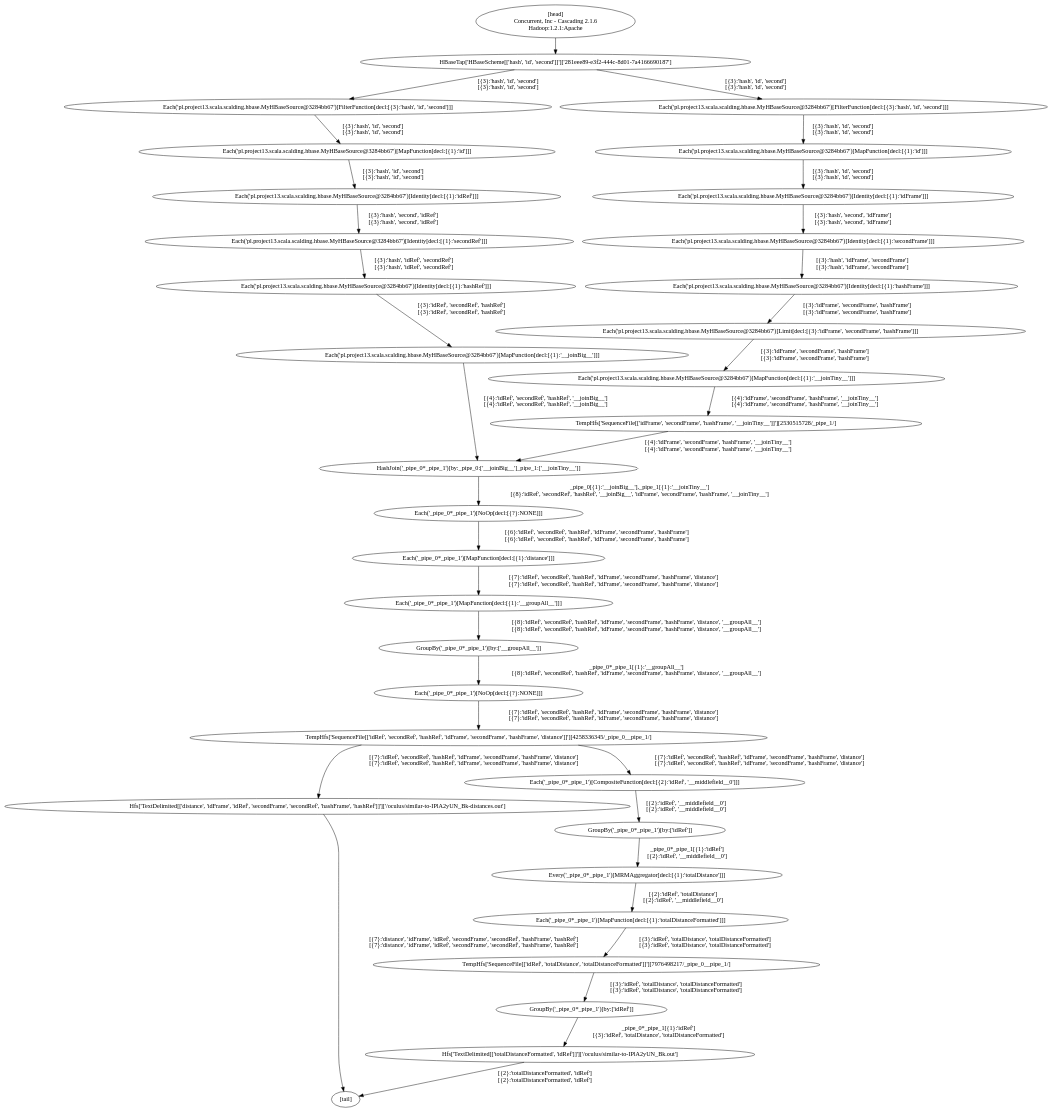
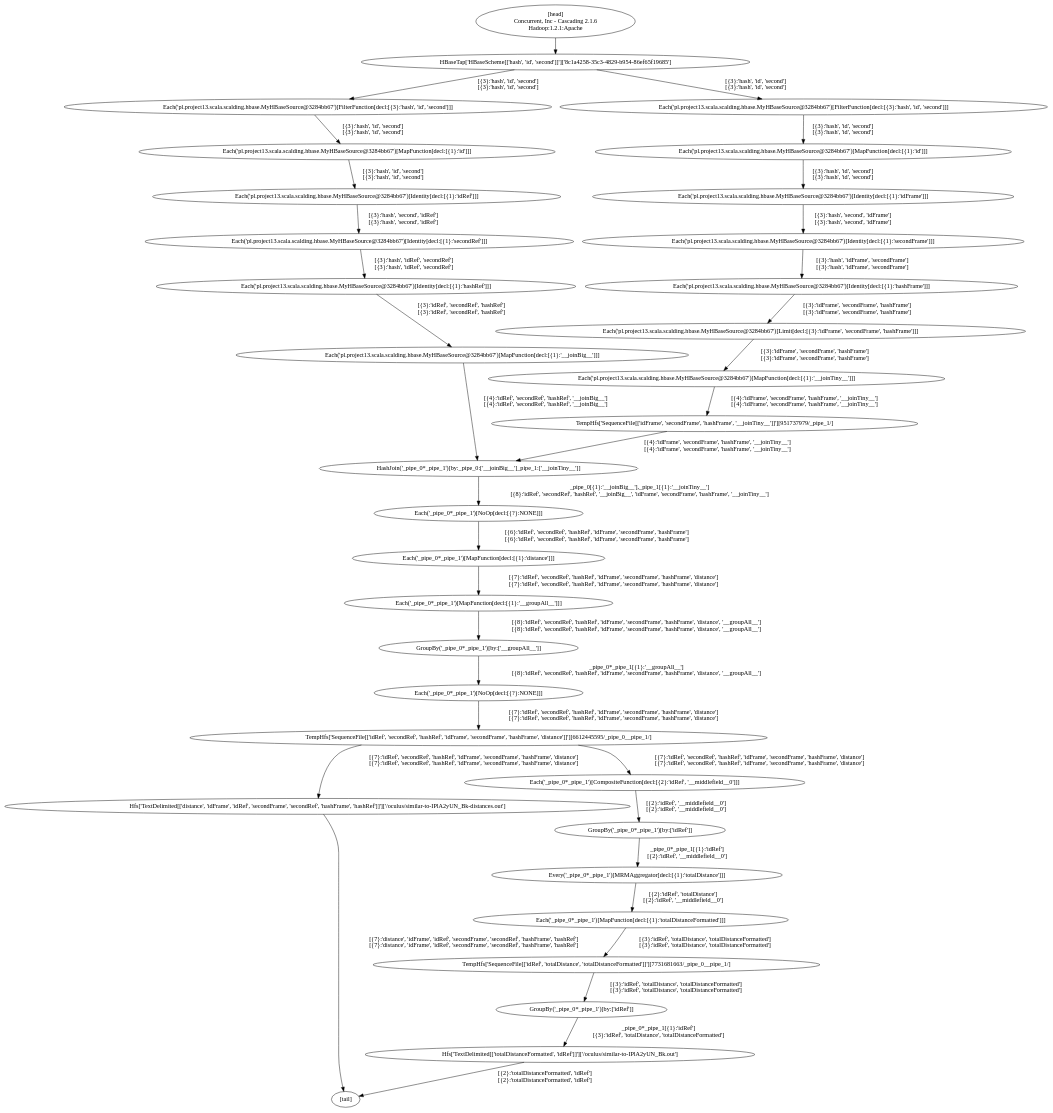
The diagram in FindSimilarMoviesJob.dot (ktoso/oculus), drawn with Graphviz before and after one commit.

Commit message:
inew ponew dot

```diff
--- a/FindSimilarMoviesJob.dot
+++ b/FindSimilarMoviesJob.dot
@@ -1,67 +1,67 @@
 digraph G {
   1 [label = "Hfs['TextDelimited[['distance', 'idFrame', 'idRef', 'secondFrame', 'secondRef', 'hashFrame', 'hashRef']]']['/oculus/similar-to-IPlA2yUN_Bk-distances.out']"];
   2 [label = "Each('_pipe_0*_pipe_1')[NoOp[decl:[{?}:NONE]]]"];
   3 [label = "GroupBy('_pipe_0*_pipe_1')[by:['__groupAll__']]"];
   4 [label = "Each('_pipe_0*_pipe_1')[MapFunction[decl:[{1}:'__groupAll__']]]"];
   5 [label = "Each('_pipe_0*_pipe_1')[MapFunction[decl:[{1}:'distance']]]"];
   6 [label = "Each('_pipe_0*_pipe_1')[NoOp[decl:[{?}:NONE]]]"];
   7 [label = "HashJoin('_pipe_0*_pipe_1')[by:_pipe_0:['__joinBig__']_pipe_1:['__joinTiny__']]"];
   8 [label = "Each('pl.project13.scala.scalding.hbase.MyHBaseSource@3284bb67')[MapFunction[decl:[{1}:'__joinBig__']]]"];
   9 [label = "Each('pl.project13.scala.scalding.hbase.MyHBaseSource@3284bb67')[Identity[decl:[{1}:'hashRef']]]"];
   10 [label = "Each('pl.project13.scala.scalding.hbase.MyHBaseSource@3284bb67')[Identity[decl:[{1}:'secondRef']]]"];
   11 [label = "Each('pl.project13.scala.scalding.hbase.MyHBaseSource@3284bb67')[Identity[decl:[{1}:'idRef']]]"];
   12 [label = "Each('pl.project13.scala.scalding.hbase.MyHBaseSource@3284bb67')[MapFunction[decl:[{1}:'id']]]"];
   13 [label = "Each('pl.project13.scala.scalding.hbase.MyHBaseSource@3284bb67')[FilterFunction[decl:[{3}:'hash', 'id', 'second']]]"];
-  14 [label = "HBaseTap['HBaseScheme[['hash', 'id', 'second']]']['281eee89-e3f2-444c-8d01-7a4166690187']"];
+  14 [label = "HBaseTap['HBaseScheme[['hash', 'id', 'second']]']['8c1a4258-35c3-4829-b954-86ef65f19685']"];
   15 [label = "Each('pl.project13.scala.scalding.hbase.MyHBaseSource@3284bb67')[MapFunction[decl:[{1}:'__joinTiny__']]]"];
   16 [label = "Each('pl.project13.scala.scalding.hbase.MyHBaseSource@3284bb67')[Limit[decl:[{3}:'idFrame', 'secondFrame', 'hashFrame']]]"];
   17 [label = "Each('pl.project13.scala.scalding.hbase.MyHBaseSource@3284bb67')[Identity[decl:[{1}:'hashFrame']]]"];
   18 [label = "Each('pl.project13.scala.scalding.hbase.MyHBaseSource@3284bb67')[Identity[decl:[{1}:'secondFrame']]]"];
   19 [label = "Each('pl.project13.scala.scalding.hbase.MyHBaseSource@3284bb67')[Identity[decl:[{1}:'idFrame']]]"];
   20 [label = "Each('pl.project13.scala.scalding.hbase.MyHBaseSource@3284bb67')[MapFunction[decl:[{1}:'id']]]"];
   21 [label = "Each('pl.project13.scala.scalding.hbase.MyHBaseSource@3284bb67')[FilterFunction[decl:[{3}:'hash', 'id', 'second']]]"];
   22 [label = "Hfs['TextDelimited[['totalDistanceFormatted', 'idRef']]']['/oculus/similar-to-IPlA2yUN_Bk.out']"];
   23 [label = "GroupBy('_pipe_0*_pipe_1')[by:['idRef']]"];
   24 [label = "Each('_pipe_0*_pipe_1')[MapFunction[decl:[{1}:'totalDistanceFormatted']]]"];
   25 [label = "Every('_pipe_0*_pipe_1')[MRMAggregator[decl:[{1}:'totalDistance']]]"];
   26 [label = "GroupBy('_pipe_0*_pipe_1')[by:['idRef']]"];
   27 [label = "Each('_pipe_0*_pipe_1')[CompositeFunction[decl:[{2}:'idRef', '__middlefield__0']]]"];
   28 [label = "[head]\nConcurrent, Inc - Cascading 2.1.6\nHadoop:1.2.1:Apache"];
   29 [label = "[tail]"];
-  30 [label = "TempHfs['SequenceFile[['idRef', 'secondRef', 'hashRef', 'idFrame', 'secondFrame', 'hashFrame', 'distance']]'][4258336345/_pipe_0__pipe_1/]"];
-  31 [label = "TempHfs['SequenceFile[['idRef', 'totalDistance', 'totalDistanceFormatted']]'][7976498217/_pipe_0__pipe_1/]"];
-  32 [label = "TempHfs['SequenceFile[['idFrame', 'secondFrame', 'hashFrame', '__joinTiny__']]'][2530515728/_pipe_1/]"];
+  30 [label = "TempHfs['SequenceFile[['idRef', 'secondRef', 'hashRef', 'idFrame', 'secondFrame', 'hashFrame', 'distance']]'][6612445595/_pipe_0__pipe_1/]"];
+  31 [label = "TempHfs['SequenceFile[['idRef', 'totalDistance', 'totalDistanceFormatted']]'][7731681663/_pipe_0__pipe_1/]"];
+  32 [label = "TempHfs['SequenceFile[['idFrame', 'secondFrame', 'hashFrame', '__joinTiny__']]'][951737979/_pipe_1/]"];
   13 -> 12 [label = "[{3}:'hash', 'id', 'second']\n[{3}:'hash', 'id', 'second']"];
   12 -> 11 [label = "[{3}:'hash', 'id', 'second']\n[{3}:'hash', 'id', 'second']"];
   11 -> 10 [label = "[{3}:'hash', 'second', 'idRef']\n[{3}:'hash', 'second', 'idRef']"];
   10 -> 9 [label = "[{3}:'hash', 'idRef', 'secondRef']\n[{3}:'hash', 'idRef', 'secondRef']"];
   9 -> 8 [label = "[{3}:'idRef', 'secondRef', 'hashRef']\n[{3}:'idRef', 'secondRef', 'hashRef']"];
   21 -> 20 [label = "[{3}:'hash', 'id', 'second']\n[{3}:'hash', 'id', 'second']"];
   20 -> 19 [label = "[{3}:'hash', 'id', 'second']\n[{3}:'hash', 'id', 'second']"];
   19 -> 18 [label = "[{3}:'hash', 'second', 'idFrame']\n[{3}:'hash', 'second', 'idFrame']"];
   18 -> 17 [label = "[{3}:'hash', 'idFrame', 'secondFrame']\n[{3}:'hash', 'idFrame', 'secondFrame']"];
   17 -> 16 [label = "[{3}:'idFrame', 'secondFrame', 'hashFrame']\n[{3}:'idFrame', 'secondFrame', 'hashFrame']"];
   16 -> 15 [label = "[{3}:'idFrame', 'secondFrame', 'hashFrame']\n[{3}:'idFrame', 'secondFrame', 'hashFrame']"];
   7 -> 6 [label = "_pipe_0[{1}:'__joinBig__'],_pipe_1[{1}:'__joinTiny__']\n[{8}:'idRef', 'secondRef', 'hashRef', '__joinBig__', 'idFrame', 'secondFrame', 'hashFrame', '__joinTiny__']"];
   6 -> 5 [label = "[{6}:'idRef', 'secondRef', 'hashRef', 'idFrame', 'secondFrame', 'hashFrame']\n[{6}:'idRef', 'secondRef', 'hashRef', 'idFrame', 'secondFrame', 'hashFrame']"];
   5 -> 4 [label = "[{7}:'idRef', 'secondRef', 'hashRef', 'idFrame', 'secondFrame', 'hashFrame', 'distance']\n[{7}:'idRef', 'secondRef', 'hashRef', 'idFrame', 'secondFrame', 'hashFrame', 'distance']"];
   4 -> 3 [label = "[{8}:'idRef', 'secondRef', 'hashRef', 'idFrame', 'secondFrame', 'hashFrame', 'distance', '__groupAll__']\n[{8}:'idRef', 'secondRef', 'hashRef', 'idFrame', 'secondFrame', 'hashFrame', 'distance', '__groupAll__']"];
   3 -> 2 [label = "_pipe_0*_pipe_1[{1}:'__groupAll__']\n[{8}:'idRef', 'secondRef', 'hashRef', 'idFrame', 'secondFrame', 'hashFrame', 'distance', '__groupAll__']"];
   27 -> 26 [label = "[{2}:'idRef', '__middlefield__0']\n[{2}:'idRef', '__middlefield__0']"];
   26 -> 25 [label = "_pipe_0*_pipe_1[{1}:'idRef']\n[{2}:'idRef', '__middlefield__0']"];
   25 -> 24 [label = "[{2}:'idRef', 'totalDistance']\n[{2}:'idRef', '__middlefield__0']"];
   28 -> 14 [label = ""];
   22 -> 29 [label = "[{2}:'totalDistanceFormatted', 'idRef']\n[{2}:'totalDistanceFormatted', 'idRef']"];
   1 -> 29 [label = "[{7}:'distance', 'idFrame', 'idRef', 'secondFrame', 'secondRef', 'hashFrame', 'hashRef']\n[{7}:'distance', 'idFrame', 'idRef', 'secondFrame', 'secondRef', 'hashFrame', 'hashRef']"];
   2 -> 30 [label = "[{7}:'idRef', 'secondRef', 'hashRef', 'idFrame', 'secondFrame', 'hashFrame', 'distance']\n[{7}:'idRef', 'secondRef', 'hashRef', 'idFrame', 'secondFrame', 'hashFrame', 'distance']"];
   30 -> 27 [label = "[{7}:'idRef', 'secondRef', 'hashRef', 'idFrame', 'secondFrame', 'hashFrame', 'distance']\n[{7}:'idRef', 'secondRef', 'hashRef', 'idFrame', 'secondFrame', 'hashFrame', 'distance']"];
   24 -> 31 [label = "[{3}:'idRef', 'totalDistance', 'totalDistanceFormatted']\n[{3}:'idRef', 'totalDistance', 'totalDistanceFormatted']"];
   31 -> 23 [label = "[{3}:'idRef', 'totalDistance', 'totalDistanceFormatted']\n[{3}:'idRef', 'totalDistance', 'totalDistanceFormatted']"];
   32 -> 7 [label = "[{4}:'idFrame', 'secondFrame', 'hashFrame', '__joinTiny__']\n[{4}:'idFrame', 'secondFrame', 'hashFrame', '__joinTiny__']"];
   14 -> 13 [label = "[{3}:'hash', 'id', 'second']\n[{3}:'hash', 'id', 'second']"];
   14 -> 21 [label = "[{3}:'hash', 'id', 'second']\n[{3}:'hash', 'id', 'second']"];
   15 -> 32 [label = "[{4}:'idFrame', 'secondFrame', 'hashFrame', '__joinTiny__']\n[{4}:'idFrame', 'secondFrame', 'hashFrame', '__joinTiny__']"];
   23 -> 22 [label = "_pipe_0*_pipe_1[{1}:'idRef']\n[{3}:'idRef', 'totalDistance', 'totalDistanceFormatted']"];
   30 -> 1 [label = "[{7}:'idRef', 'secondRef', 'hashRef', 'idFrame', 'secondFrame', 'hashFrame', 'distance']\n[{7}:'idRef', 'secondRef', 'hashRef', 'idFrame', 'secondFrame', 'hashFrame', 'distance']"];
   8 -> 7 [label = "[{4}:'idRef', 'secondRef', 'hashRef', '__joinBig__']\n[{4}:'idRef', 'secondRef', 'hashRef', '__joinBig__']"];
 }
```
